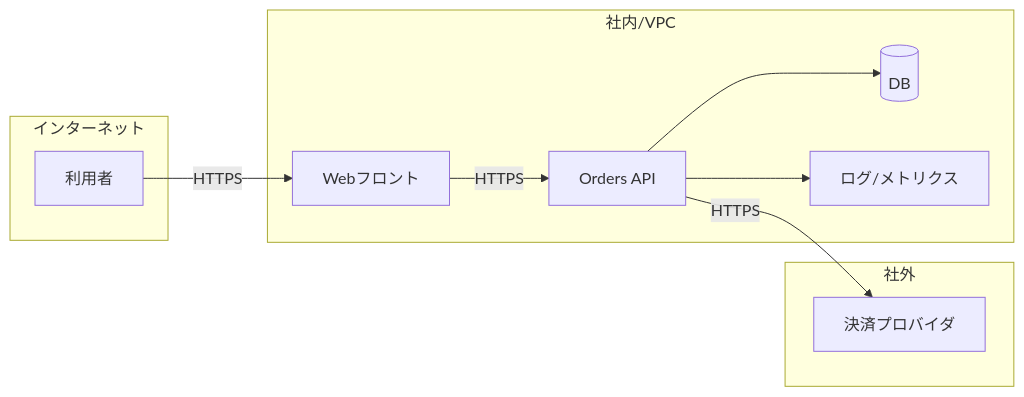
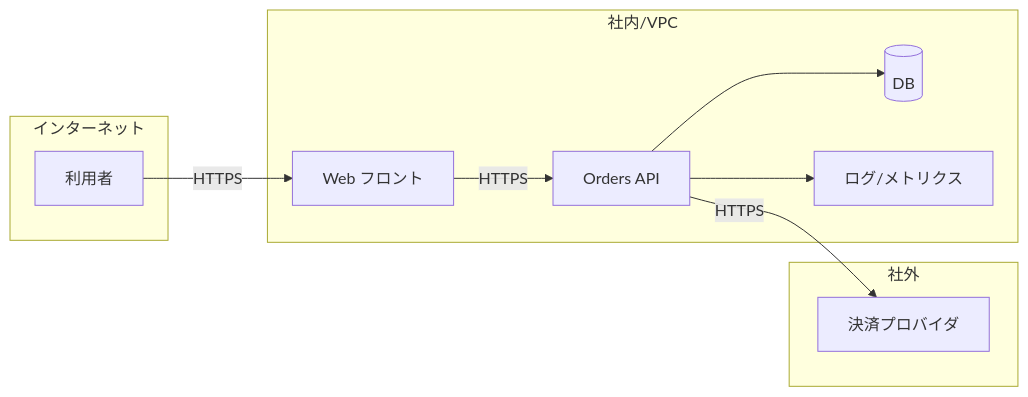
The diagram in examples/minishop/architecture.md (itdojp/engineering-documentation-book), drawn with Mermaid before and after one commit. The commit also changed other lines of this file and 32 other files, not shown here.

````diff
--- a/examples/minishop/architecture.md
+++ b/examples/minishop/architecture.md
@@ -9,23 +9,23 @@
 ```mermaid
 flowchart LR
   subgraph Internet[インターネット]
     User[利用者]
   end
 
   subgraph VPC[社内/VPC]
-    Web[Webフロント]
+    Web[Web フロント]
     API[Orders API]
     DB[(DB)]
     Obs[ログ/メトリクス]
   end
 
   subgraph External[社外]
     Pay[決済プロバイダ]
   end
 
   User -->|HTTPS| Web
   Web -->|HTTPS| API
   API --> DB
   API -->|HTTPS| Pay
   API --> Obs
 ```
````
